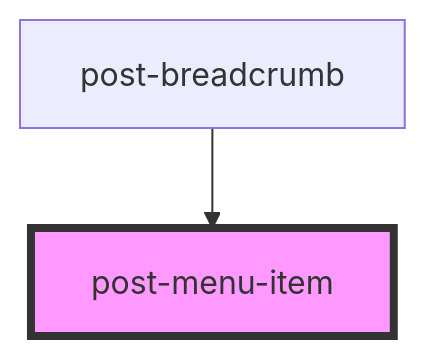
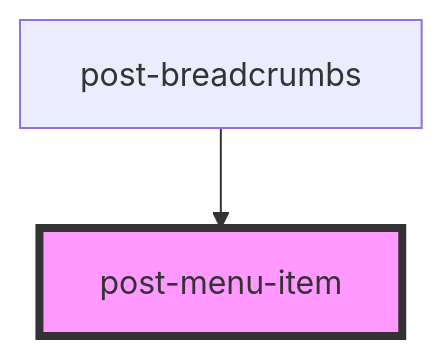
One commit to swisspost/design-system changed the diagram in packages/components/src/components/post-menu-item/readme.md. Above: the diagram before and after it, drawn with Mermaid. The commit also changed other lines of this file and 15 other files, not shown here.

Commit message:
refactor(components,docs): rename breadcrumb to breadcrumbs throughout codebase

````diff
--- a/packages/components/src/components/post-menu-item/readme.md
+++ b/packages/components/src/components/post-menu-item/readme.md
@@ -15,5 +15,5 @@
 ```mermaid
 graph TD;
-  post-breadcrumb --> post-menu-item
+  post-breadcrumbs --> post-menu-item
   style post-menu-item fill:#f9f,stroke:#333,stroke-width:4px
 ```
````
